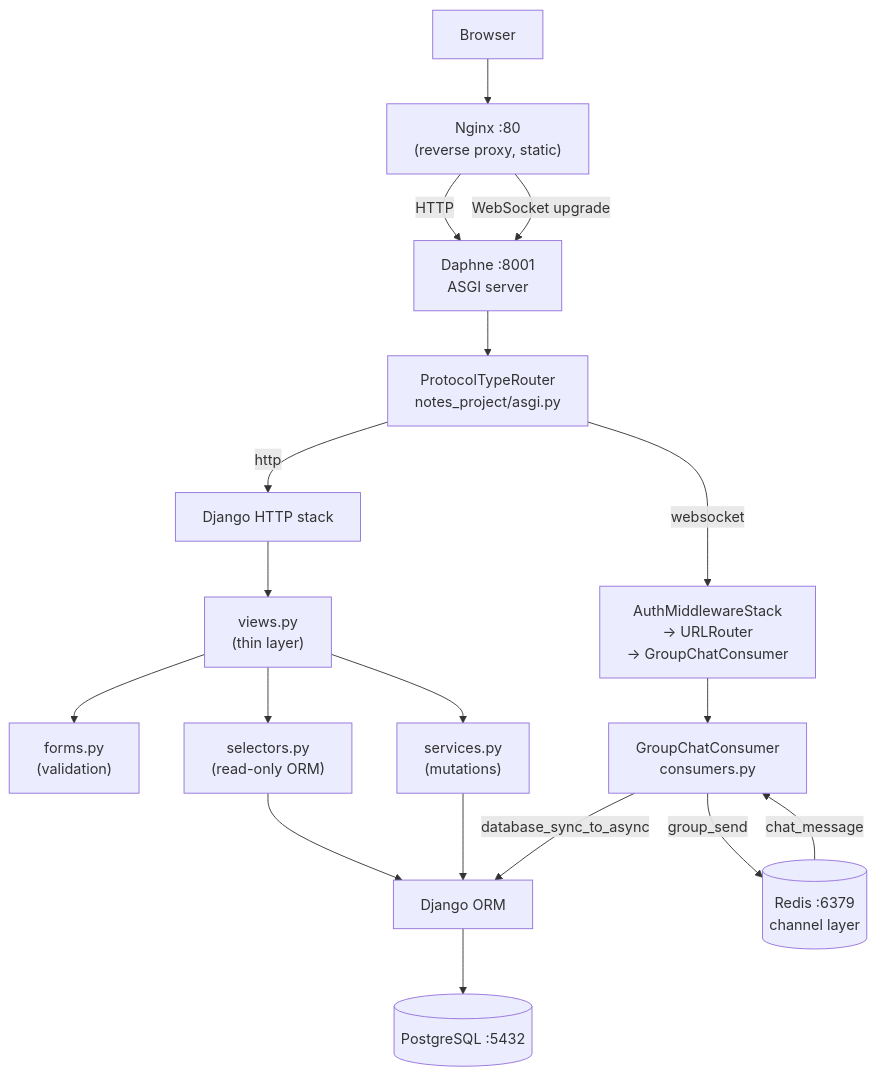
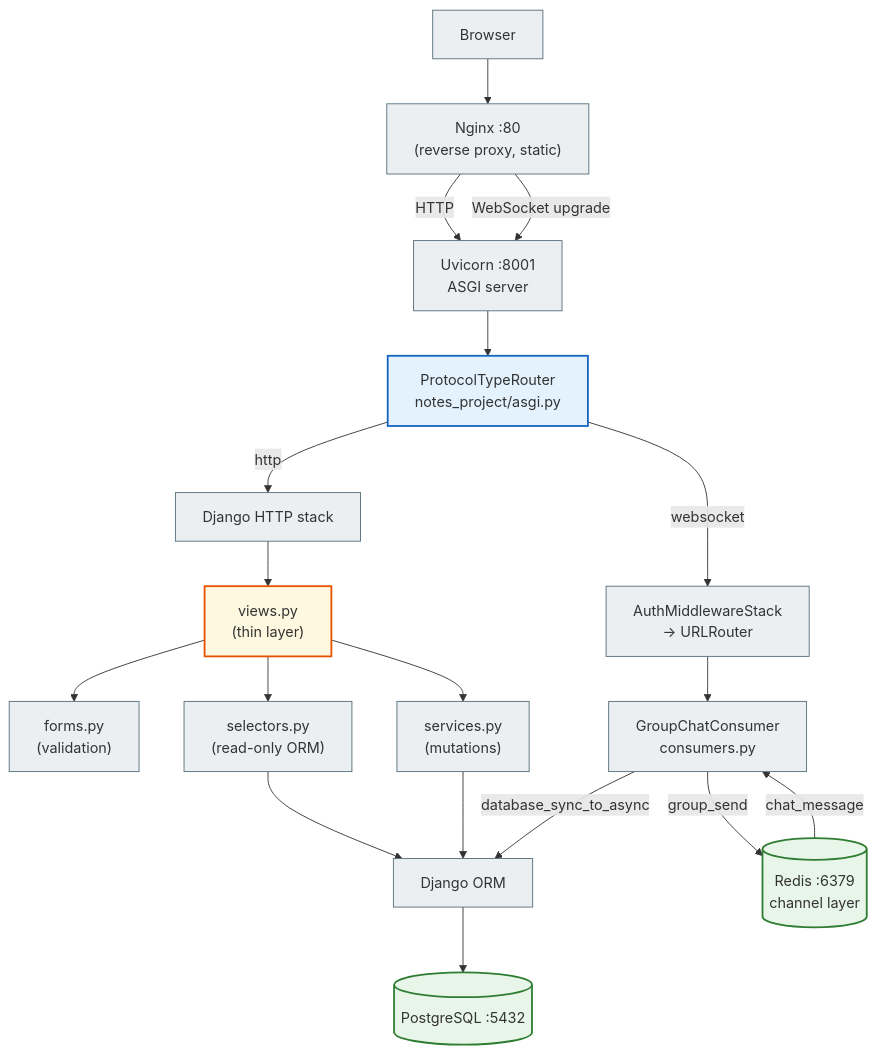
One commit to NikoriakViktot/notes_chat_app changed the first of 2 diagrams in docs/12_final_project/README.md. Above: the diagram before and after it, drawn with Mermaid. The commit also changed other lines of this file and 441 other files, not shown here.

First line of the commit message:
Add English version of the book, Mermaid standard, docs fixes

````diff
--- a/docs/12_final_project/README.md
+++ b/docs/12_final_project/README.md
@@ -28,23 +28,33 @@
 ```mermaid
 flowchart TD
-    Browser --> Nginx["Nginx :80\n(reverse proxy, static)"]
-    Nginx -->|HTTP| Daphne["Daphne :8001\nASGI server"]
-    Nginx -->|WebSocket upgrade| Daphne
+    Browser --> Nginx["Nginx :80<br>(reverse proxy, static)"]
+    Nginx -->|HTTP| Uvicorn["Uvicorn :8001<br>ASGI server"]
+    Nginx -->|WebSocket upgrade| Uvicorn
 
-    Daphne --> Router["ProtocolTypeRouter\nnotes_project/asgi.py"]
+    Uvicorn --> Router["ProtocolTypeRouter<br>notes_project/asgi.py"]
     Router -->|http| HTTP["Django HTTP stack"]
-    Router -->|websocket| Auth["AuthMiddlewareStack\n→ URLRouter\n→ GroupChatConsumer"]
+    Router -->|websocket| Auth["AuthMiddlewareStack<br>→ URLRouter"]
 
-    HTTP --> Views["views.py\n(thin layer)"]
-    Views --> Forms["forms.py\n(validation)"]
-    Views --> Sel["selectors.py\n(read-only ORM)"]
-    Views --> Srv["services.py\n(mutations)"]
+    HTTP --> Views["views.py<br>(thin layer)"]
+    Views --> Forms["forms.py<br>(validation)"]
+    Views --> Sel["selectors.py<br>(read-only ORM)"]
+    Views --> Srv["services.py<br>(mutations)"]
     Sel --> ORM["Django ORM"]
     Srv --> ORM
     ORM --> PG[("PostgreSQL :5432")]
 
-    Auth --> Consumer["GroupChatConsumer\nconsumers.py"]
+    Auth --> Consumer["GroupChatConsumer<br>consumers.py"]
     Consumer -->|database_sync_to_async| ORM
-    Consumer -->|group_send| Redis[("Redis :6379\nchannel layer")]
+    Consumer -->|group_send| Redis[("Redis :6379<br>channel layer")]
     Redis -->|chat_message| Consumer
+
+    classDef step     fill:#eceff1,stroke:#546e7a,stroke-width:1px;
+    classDef decision fill:#e3f2fd,stroke:#1565c0,stroke-width:2px;
+    classDef success  fill:#e8f5e9,stroke:#2e7d32,stroke-width:2px;
+    classDef warning  fill:#fff8e1,stroke:#e65100,stroke-width:2px;
+
+    class Browser,Nginx,Uvicorn,HTTP,Forms,Sel,Srv,ORM,Auth,Consumer step;
+    class Router decision;
+    class PG,Redis success;
+    class Views warning;
 ```
````
